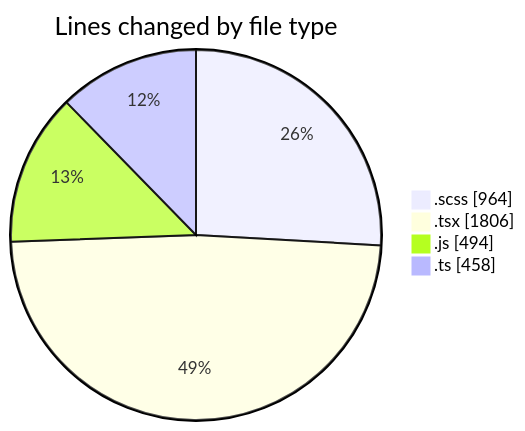
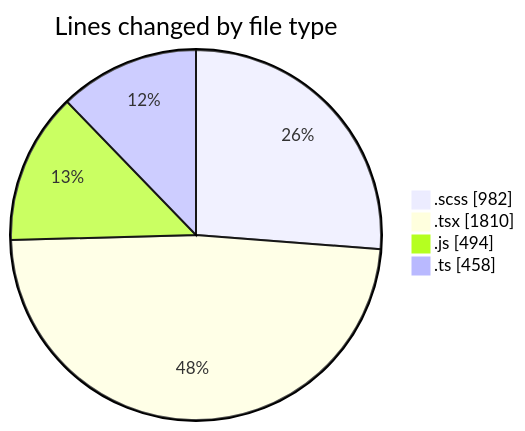
Before and after one commit to momahboobian/code-tracking: the first of 2 diagrams in 2025-03-14/cda/README.md, drawn with Mermaid. The commit also changed other lines of this file and 1 other file, not shown here.

````diff
--- a/2025-03-14/cda/README.md
+++ b/2025-03-14/cda/README.md
@@ -40,8 +40,8 @@
 ```mermaid
 pie showData
 title Lines changed by file type
-".scss" : 964
-".tsx" : 1806
+".scss" : 982
+".tsx" : 1810
 ".js" : 494
 ".ts" : 458
 ```
````
